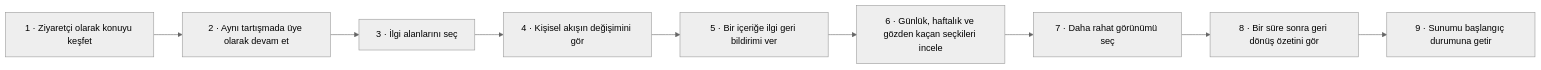
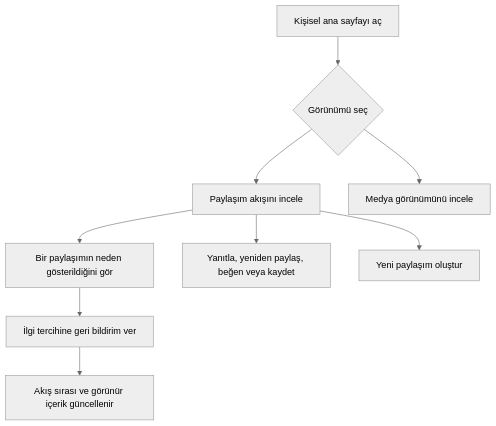
The fourth of 8 diagrams in Docs/DEMO_SCENARIO_UX_ACCESSIBILITY_REPORT.md (NSosyalDuoDesign/NeSosyalPrototip), drawn with Mermaid (neutral theme) before and after one commit. The commit also changed other lines of this file and 1 other file, not shown here.

````diff
--- a/Docs/DEMO_SCENARIO_UX_ACCESSIBILITY_REPORT.md
+++ b/Docs/DEMO_SCENARIO_UX_ACCESSIBILITY_REPORT.md
@@ -79,11 +180,11 @@
 ```mermaid
-flowchart LR
-    A["1 · Ziyaretçi olarak konuyu keşfet"] --> B["2 · Aynı tartışmada üye olarak devam et"]
-    B --> C["3 · İlgi alanlarını seç"]
-    C --> D["4 · Kişisel akışın değişimini gör"]
-    D --> E["5 · Bir içeriğe ilgi geri bildirimi ver"]
-    E --> F["6 · Günlük, haftalık ve gözden kaçan seçkileri incele"]
-    F --> G["7 · Daha rahat görünümü seç"]
-    G --> H["8 · Bir süre sonra geri dönüş özetini gör"]
-    H --> I["9 · Sunumu başlangıç durumuna getir"]
+flowchart TD
+    A["Kişisel ana sayfayı aç"] --> B{"Görünümü seç"}
+    B --> C["Paylaşım akışını incele"]
+    B --> D["Medya görünümünü incele"]
+    C --> E["Bir paylaşımın neden gösterildiğini gör"]
+    C --> F["Yanıtla, yeniden paylaş, beğen veya kaydet"]
+    C --> G["Yeni paylaşım oluştur"]
+    E --> H["İlgi tercihine geri bildirim ver"]
+    H --> I["Akış sırası ve görünür içerik güncellenir"]
 ```
````
